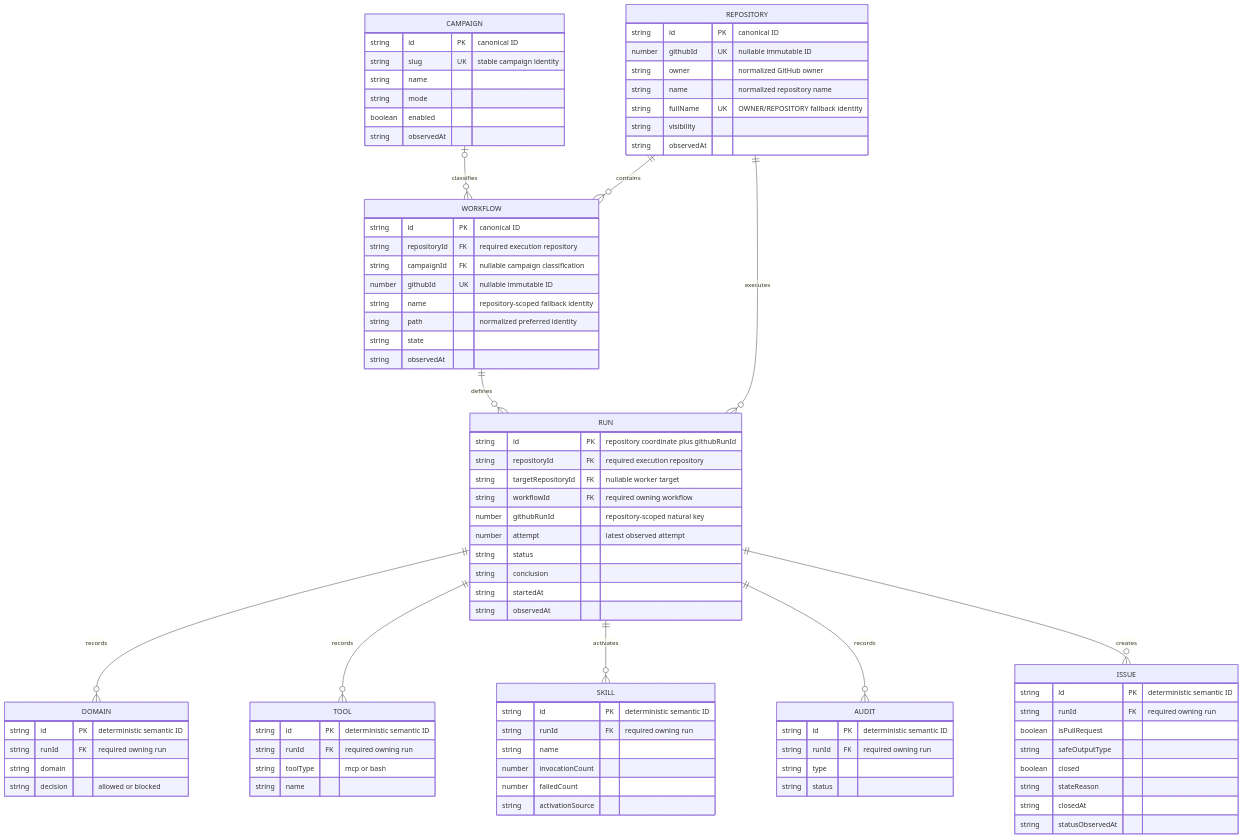
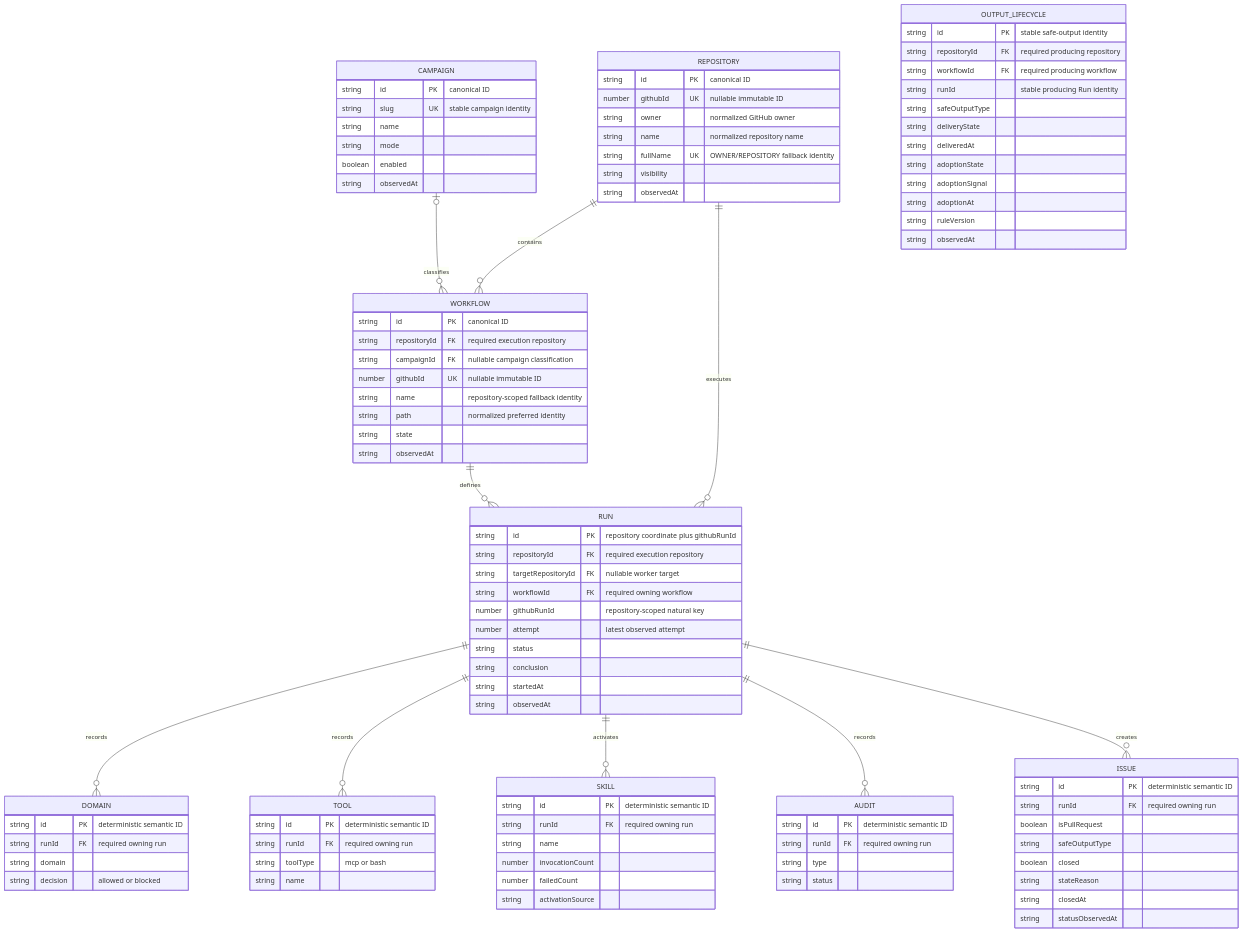
The second of 2 diagrams in specs/dashboard-data.md (githubnext/gh-cao), drawn with Mermaid before and after one commit. The commit also changed other lines of this file and 75 other files, not shown here.

Commit message:
Add universal safe-output lifecycle

````diff
--- a/specs/dashboard-data.md
+++ b/specs/dashboard-data.md
@@ -1945,4 +1946,18 @@
     string closedAt
     string statusObservedAt
   }
+  OUTPUT_LIFECYCLE {
+    string id PK "stable safe-output identity"
+    string repositoryId FK "required producing repository"
+    string workflowId FK "required producing workflow"
+    string runId "stable producing Run identity"
+    string safeOutputType
+    string deliveryState
+    string deliveredAt
+    string adoptionState
+    string adoptionSignal
+    string adoptionAt
+    string ruleVersion
+    string observedAt
+  }
 ```
````
